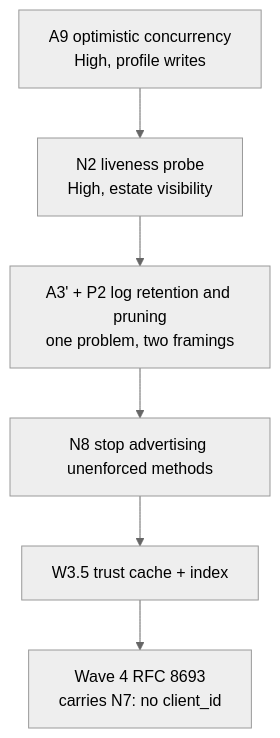
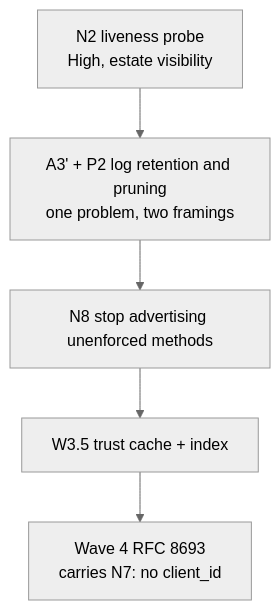
The diagram in docs/auth/REMAINING_WORK_REGISTER.md (pranems/SCIMServer), drawn with Mermaid (neutral theme) before and after one commit. The commit also changed other lines of this file and 41 other files, not shown here.

````diff
--- a/docs/auth/REMAINING_WORK_REGISTER.md
+++ b/docs/auth/REMAINING_WORK_REGISTER.md
@@ -210,8 +210,7 @@
 ```mermaid
 flowchart TD
-    A9["A9 optimistic concurrency<br/>High, profile writes"] --> N2["N2 liveness probe<br/>High, estate visibility"]
-    N2 --> A3["A3' + P2 log retention and pruning<br/>one problem, two framings"]
+    N2["N2 liveness probe<br/>High, estate visibility"] --> A3["A3' + P2 log retention and pruning<br/>one problem, two framings"]
     A3 --> N8["N8 stop advertising unenforced methods"]
     N8 --> W35["W3.5 trust cache + index"]
     W35 --> W41["Wave 4 RFC 8693<br/>carries N7: no client_id"]
 ```
````
